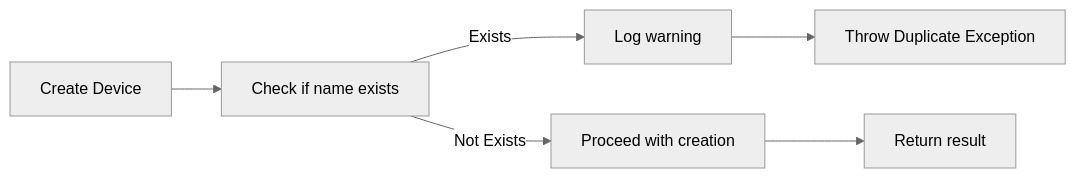
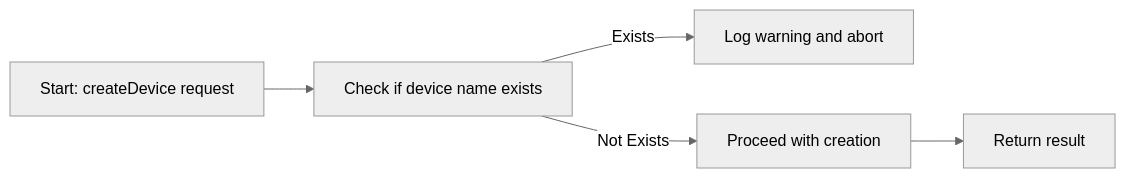
Before and after one commit to vx-daniel/tb-ai-docs: the eighth of 9 diagrams in spec/spec-backend-service-implementation.md, drawn with Mermaid (neutral theme). The commit also changed other lines of this file, not shown here.

````diff
--- a/spec/spec-backend-service-implementation.md
+++ b/spec/spec-backend-service-implementation.md
@@ -215,8 +256,7 @@
 ```mermaid
 flowchart LR
-    A[Create Device] --> B[Check if name exists]
-    B -- Exists --> C[Log warning]
-    C --> D[Throw Duplicate Exception]
-    B -- Not Exists --> E[Proceed with creation]
-    E --> F[Return result]
+    h1[Start: createDevice request] --> h2[Check if device name exists]
+    h2 -- Exists --> h3[Log warning and abort]
+    h2 -- Not Exists --> h4[Proceed with creation]
+    h4 --> h5[Return result]
 ```
````
